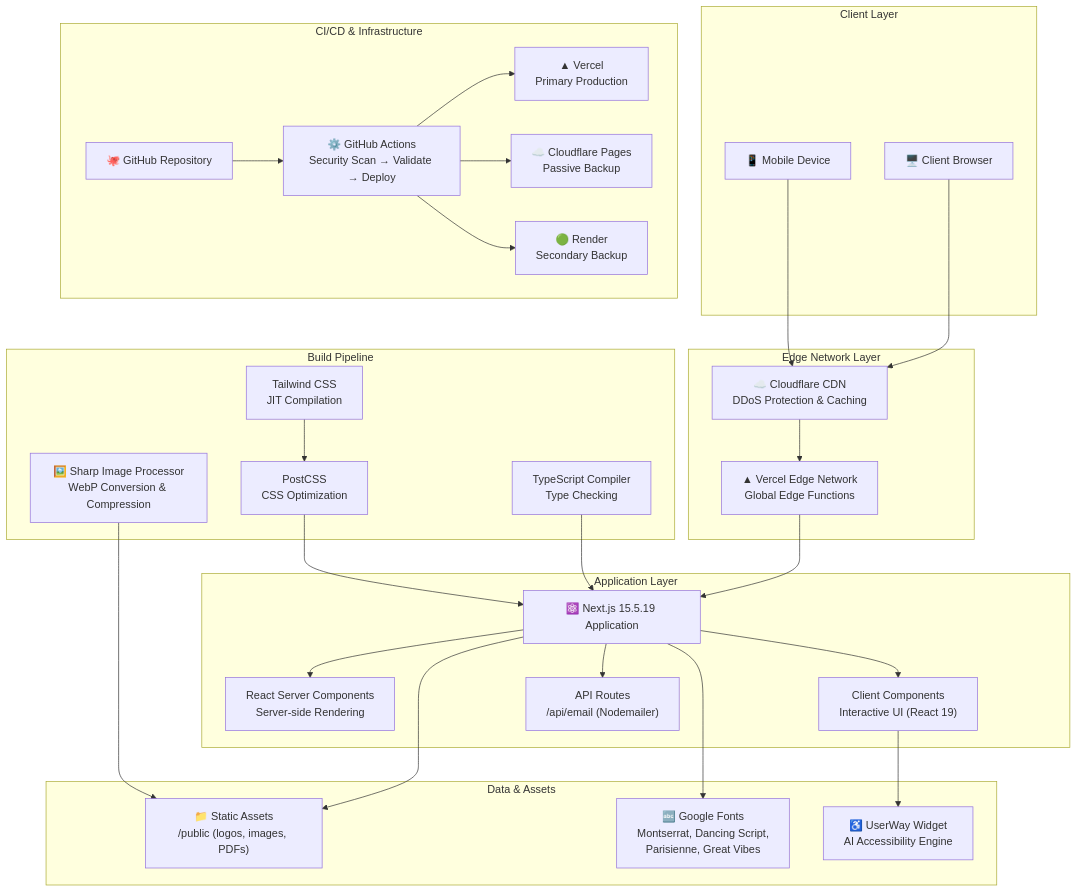
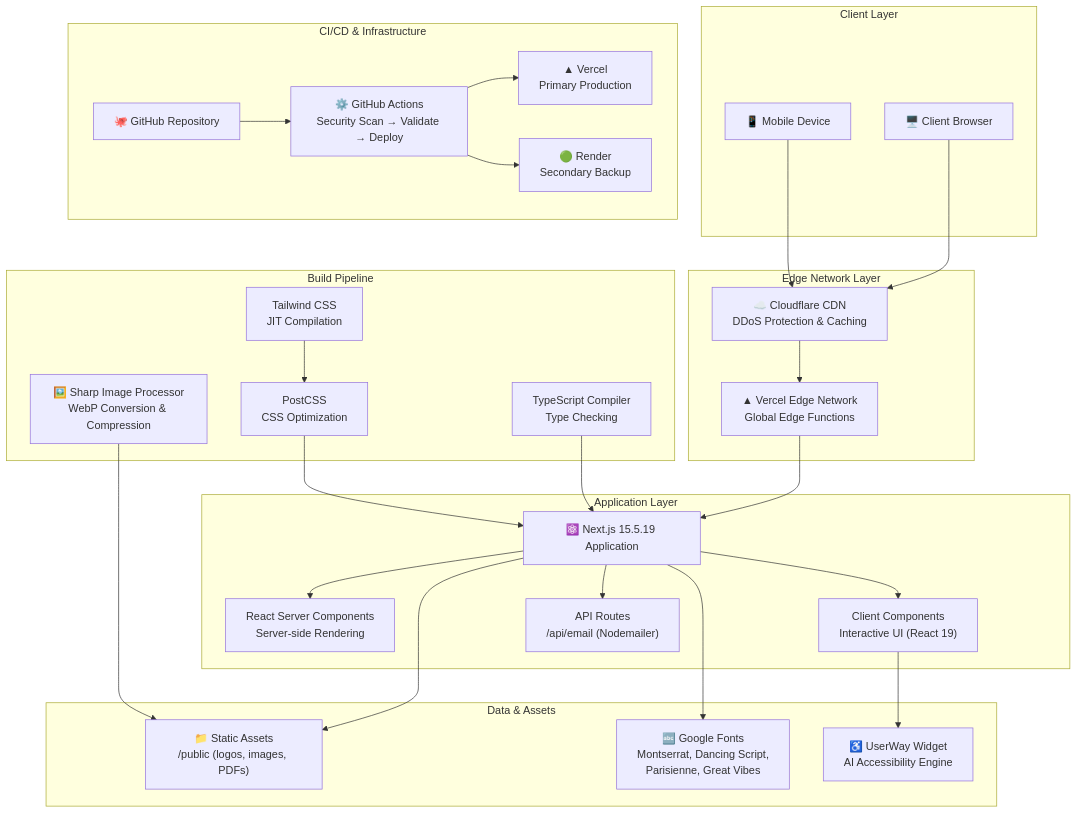
The first of 7 diagrams in README.md (johnnietse/2025-fyic), drawn with Mermaid before and after one commit. The commit also changed other lines of this file and 3 other files, not shown here.

Commit message:
chore: remove unused Cloudflare Pages deployment configuration and docs

````diff
--- a/README.md
+++ b/README.md
@@ -108,60 +108,58 @@
 ```mermaid
 graph TB
     subgraph "Client Layer"
         Browser["🖥️ Client Browser"]
         Mobile["📱 Mobile Device"]
     end
 
     subgraph "Edge Network Layer"
         CDN["☁️ Cloudflare CDN<br/>DDoS Protection & Caching"]
         VercelEdge["▲ Vercel Edge Network<br/>Global Edge Functions"]
     end
 
     subgraph "Application Layer"
         NextApp["⚛️ Next.js 15.5.19 Application"]
         RSC["React Server Components<br/>Server-side Rendering"]
         CSR["Client Components<br/>Interactive UI (React 19)"]
         API["API Routes<br/>/api/email (Nodemailer)"]
     end
 
     subgraph "Build Pipeline"
         Sharp["🖼️ Sharp Image Processor<br/>WebP Conversion & Compression"]
         TSC["TypeScript Compiler<br/>Type Checking"]
         TW["Tailwind CSS<br/>JIT Compilation"]
         PostCSS["PostCSS<br/>CSS Optimization"]
     end
 
     subgraph "Data & Assets"
         StaticAssets["📁 Static Assets<br/>/public (logos, images, PDFs)"]
         GoogleFonts["🔤 Google Fonts<br/>Montserrat, Dancing Script,<br/>Parisienne, Great Vibes"]
         UserWay["♿ UserWay Widget<br/>AI Accessibility Engine"]
     end
 
     subgraph "CI/CD & Infrastructure"
         GitHub["🐙 GitHub Repository"]
         Actions["⚙️ GitHub Actions<br/>Security Scan → Validate → Deploy"]
         Vercel["▲ Vercel<br/>Primary Production"]
-        Cloudflare["☁️ Cloudflare Pages<br/>Passive Backup"]
         Render["🟢 Render<br/>Secondary Backup"]
     end
 
     Browser --> CDN
     Mobile --> CDN
     CDN --> VercelEdge
     VercelEdge --> NextApp
     NextApp --> RSC
     NextApp --> CSR
     NextApp --> API
     NextApp --> StaticAssets
     NextApp --> GoogleFonts
     CSR --> UserWay
 
     Sharp --> StaticAssets
     TSC --> NextApp
     TW --> PostCSS --> NextApp
 
     GitHub --> Actions
     Actions --> Vercel
-    Actions --> Cloudflare
     Actions --> Render
 ```
````
